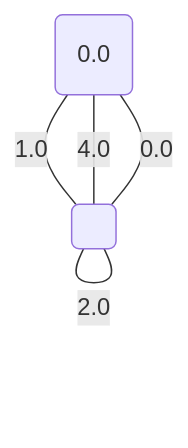
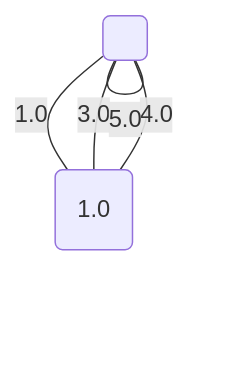
One commit to metury/graphs changed diagram 17 of 17 in project/src/testing/minCutPetersen.md. Above: the diagram before and after it, drawn with Mermaid. The commit also changed other lines of this file and 2 other files, not shown here.

````diff
--- a/project/src/testing/minCutPetersen.md
+++ b/project/src/testing/minCutPetersen.md
@@ -406,9 +402,9 @@
 ```mermaid
 graph TD;
-0("0.0");
+0("1.0");
 1(" ");
-	1 -- "0.0" --- 0;
-	0 -- "1.0" --- 1;
-	1 -- "2.0" --- 1;
-	0 -- "4.0" --- 1;
+	1 -- "1.0" --- 0;
+	1 -- "3.0" --- 0;
+	1 -- "4.0" --- 0;
+	1 -- "5.0" --- 1;
 ```
````
